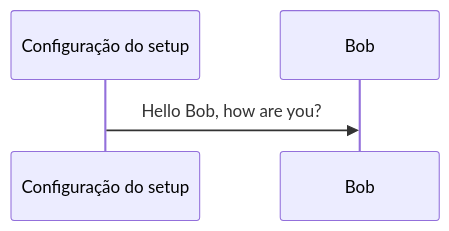
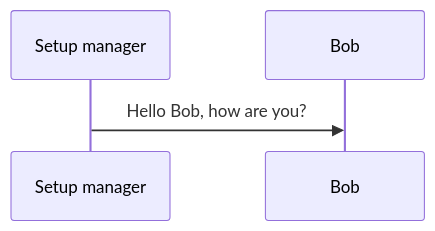
Before and after one commit to lucassouzamatos/thor-adm: the diagram in Welcome file.md, drawn with Mermaid. The commit also changed other lines of this file, not shown here.

Commit message:
Welcome file.md updated from https://stackedit.io/

````diff
--- a/Welcome file.md
+++ b/Welcome file.md
@@ -1,4 +1,4 @@
 ```mermaid
 sequenceDiagram
-Configuração do setup->> Bob: Hello Bob, how are you?
+Setup manager->> Bob: Hello Bob, how are you?
 ```
````
